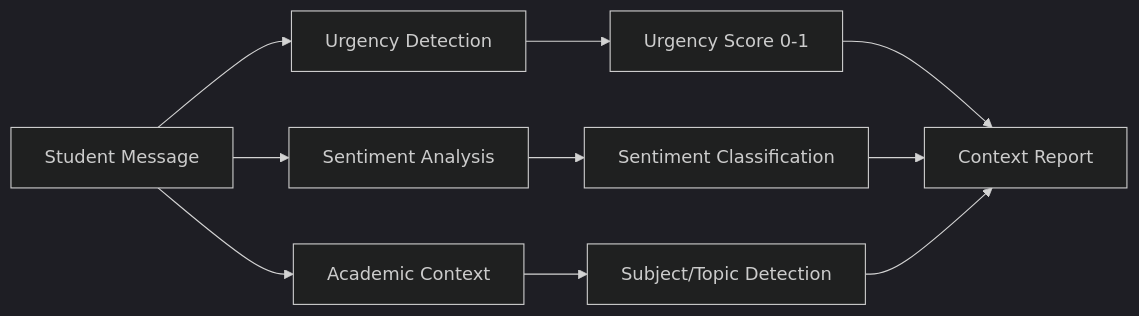
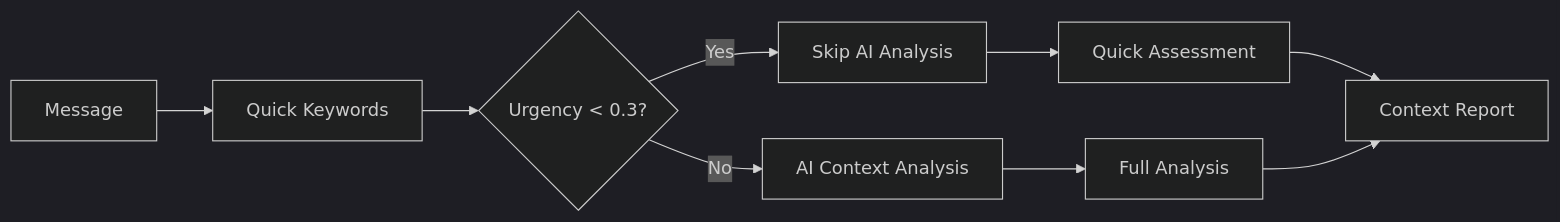
One commit to xandylearning/zulip changed the fourth of 14 diagrams in docs/development/ai agent/ai-agent-architecture.md. Above: the diagram before and after it, drawn with Mermaid (dark theme). The commit also changed other lines of this file and 27 other files, not shown here.

````diff
--- a/docs/development/ai agent/ai-agent-architecture.md
+++ b/docs/development/ai agent/ai-agent-architecture.md
@@ -153,12 +183,11 @@
 ```mermaid
 graph LR
-    A[Student Message] --> B[Urgency Detection]
-    A --> C[Sentiment Analysis]
-    A --> D[Academic Context]
-    B --> E[Urgency Score 0-1]
-    C --> F[Sentiment Classification]
-    D --> G[Subject/Topic Detection]
-    E --> H[Context Report]
-    F --> H
+    A[Message] --> B[Quick Keywords]
+    B --> C{Urgency < 0.3?}
+    C -->|Yes| D[Skip AI Analysis]
+    C -->|No| E[AI Context Analysis]
+    D --> F[Quick Assessment]
+    E --> G[Full Analysis]
+    F --> H[Context Report]
     G --> H
 ```
````
